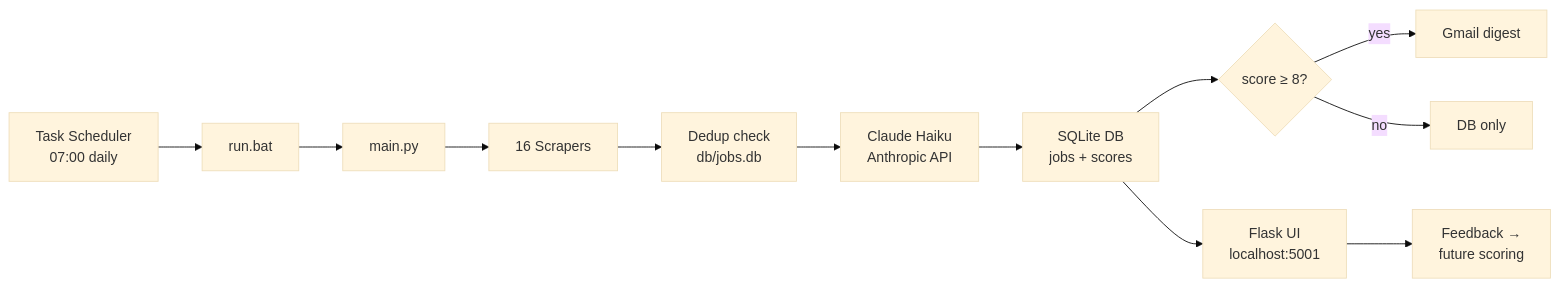
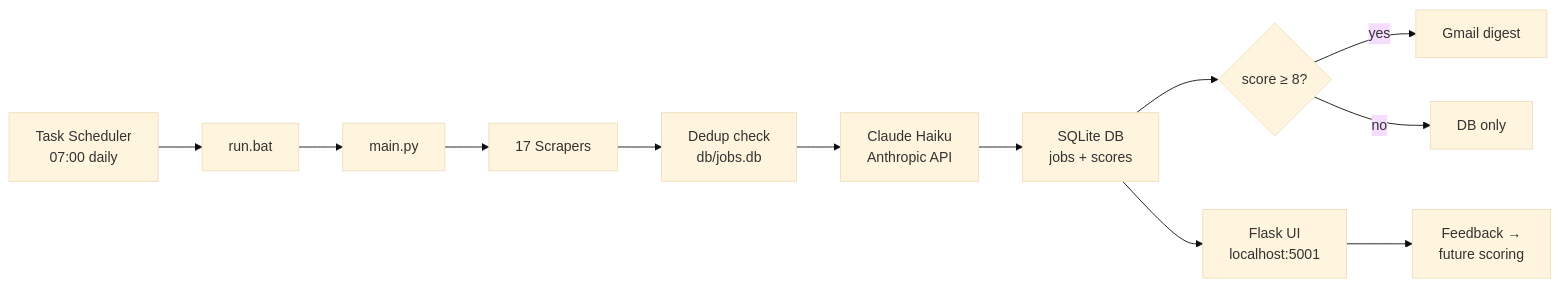
One commit to timovanommeren/job_scraper changed the diagram in README.md. Above: the diagram before and after it, drawn with Mermaid (base theme). The commit also changed other lines of this file and 5 other files, not shown here.

````diff
--- a/README.md
+++ b/README.md
@@ -11,14 +11,14 @@
 ```mermaid
 graph LR
     A[Task Scheduler<br/>07:00 daily] --> B[run.bat]
     B --> C[main.py]
-    C --> D[16 Scrapers]
+    C --> D[17 Scrapers]
     D --> E[Dedup check<br/>db/jobs.db]
     E --> F[Claude Haiku<br/>Anthropic API]
     F --> G[SQLite DB<br/>jobs + scores]
     G --> H{score ≥ 8?}
     H -- yes --> I[Gmail digest]
     H -- no --> J[DB only]
     G --> K[Flask UI<br/>localhost:5001]
     K --> L[Feedback →<br/>future scoring]
 ```
````
